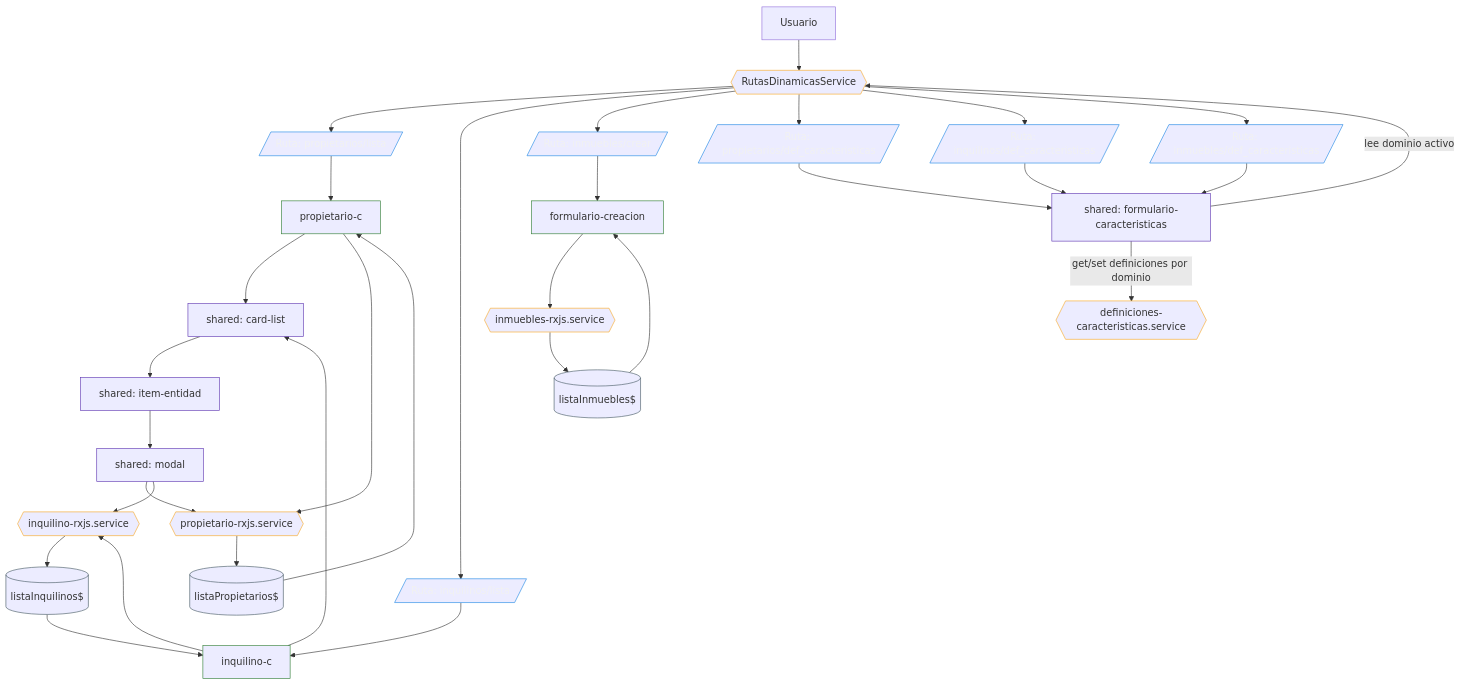
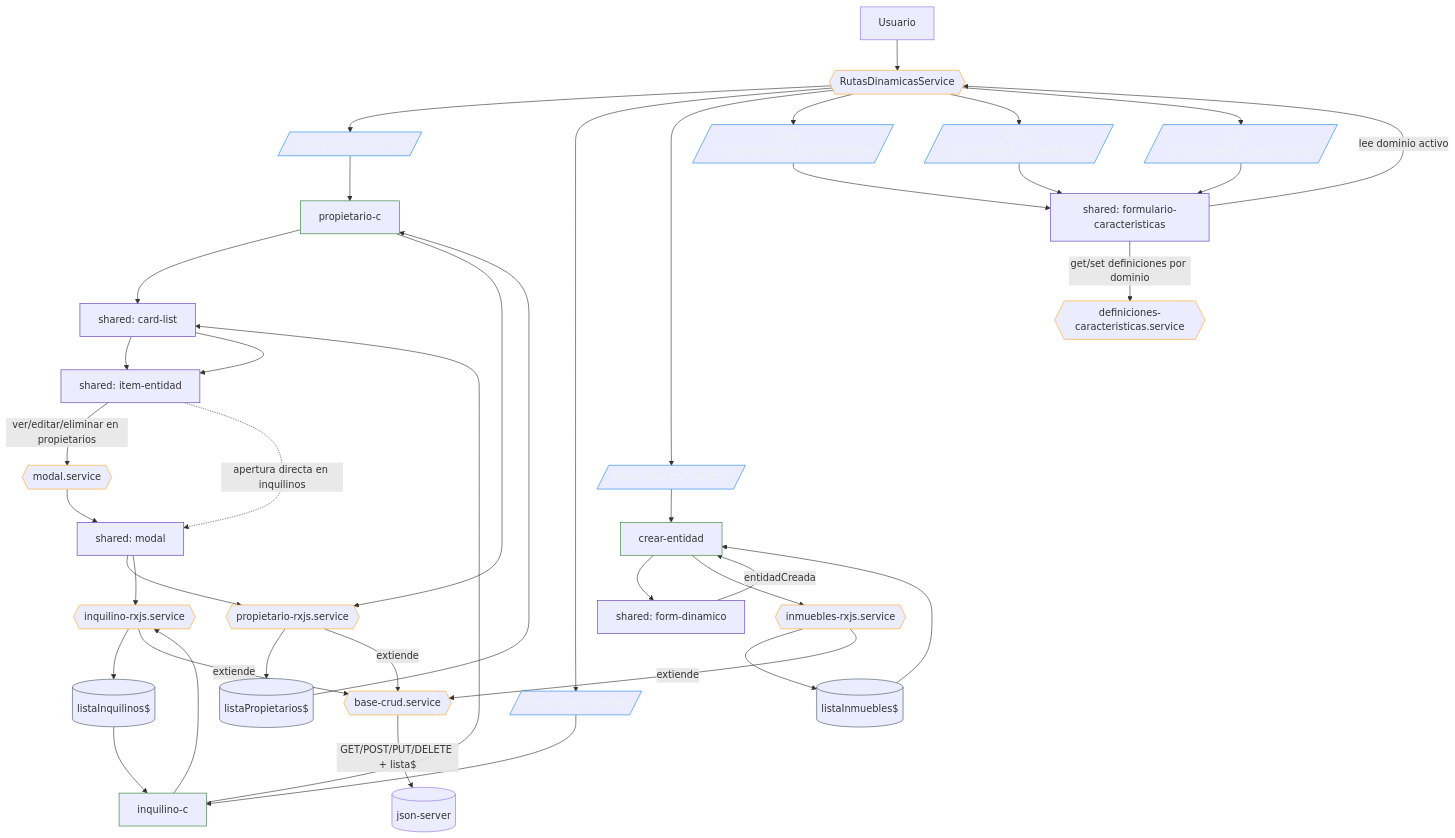
One commit to srOtyy/mvpInmo changed the diagram in docs/diagramas/flujo_general.md. Above: the diagram before and after it, drawn with Mermaid. The commit also changed other lines of this file and 3 other files, not shown here.

````diff
--- a/docs/diagramas/flujo_general.md
+++ b/docs/diagramas/flujo_general.md
@@ -10,7 +10,7 @@
     %% Rutas por dominio
     RP[/Ruta: propietarios/lista/]
     RI[/Ruta: inquilinos/lista/]
-    RM[/Ruta: inmuebles/crear/]
+    RC[/Ruta: crear por dominio/]
 
     RDC1[/Ruta: propietarios/def_caracteristicas/]
     RDC2[/Ruta: inquilinos/def_caracteristicas/]
@@ -19,18 +19,21 @@
     %% Componentes de dominio
     PC[propietario-c]
     IC[inquilino-c]
-    FC[formulario-creacion]
+    FC[crear-entidad]
 
     %% Shared UI
     CL[shared: card-list]
     IE[shared: item-entidad]
+    FD[shared: form-dinamico]
     FCS[shared: formulario-caracteristicas]
     MOD[shared: modal]
 
-    %% Servicios de dominio
+    %% Servicios de dominio y bases compartidas
     SP{{propietario-rxjs.service}}
     SI{{inquilino-rxjs.service}}
     SM{{inmuebles-rxjs.service}}
+    BCRUD{{base-crud.service}}
+    MS{{modal.service}}
 
     %% Servicio shared de definiciones
     SDEF{{definiciones-caracteristicas.service}}
@@ -44,7 +47,7 @@
     U --> RDS
     RDS --> RP
     RDS --> RI
-    RDS --> RM
+    RDS --> RC
     RDS --> RDC1
     RDS --> RDC2
     RDS --> RDC3
@@ -53,7 +56,8 @@
     RP --> PC
     PC --> CL
     CL --> IE
-    IE --> MOD
+    IE -->|ver/editar/eliminar en propietarios| MS
+    MS --> MOD
     PC --> SP
     MOD --> SP
     SP --> OP
@@ -62,16 +66,26 @@
     %% Flujos dominio inquilinos
     RI --> IC
     IC --> CL
+    CL --> IE
+    IE -.->|apertura directa en inquilinos| MOD
     IC --> SI
     MOD --> SI
     SI --> OI
     OI --> IC
 
-    %% Flujos dominio inmuebles
-    RM --> FC
+    %% Flujos de creacion compartidos
+    RC --> FC
+    FC --> FD
+    FD -->|entidadCreada| FC
     FC --> SM
     SM --> OM
     OM --> FC
+
+    %% Herencia de servicios CRUD por dominio
+    SP -->|extiende| BCRUD
+    SI -->|extiende| BCRUD
+    SM -->|extiende| BCRUD
+    BCRUD -->|GET/POST/PUT/DELETE + lista$| API[(json-server)]
 
     %% Flujo compartido de definiciones por dominio
     RDC1 --> FCS
@@ -87,9 +101,9 @@
     classDef service stroke:#F9A825;
     classDef state stroke:#455A64;
 
-    class RP,RI,RM,RDC1,RDC2,RDC3 route;
+    class RP,RI,RC,RDC1,RDC2,RDC3 route;
     class PC,IC,FC component;
-    class CL,IE,FCS,MOD shared;
-    class RDS,SP,SI,SM,SDEF service;
+    class CL,IE,FD,FCS,MOD shared;
+    class RDS,SP,SI,SM,BCRUD,MS,SDEF service;
     class OP,OI,OM state;
 ```
````
